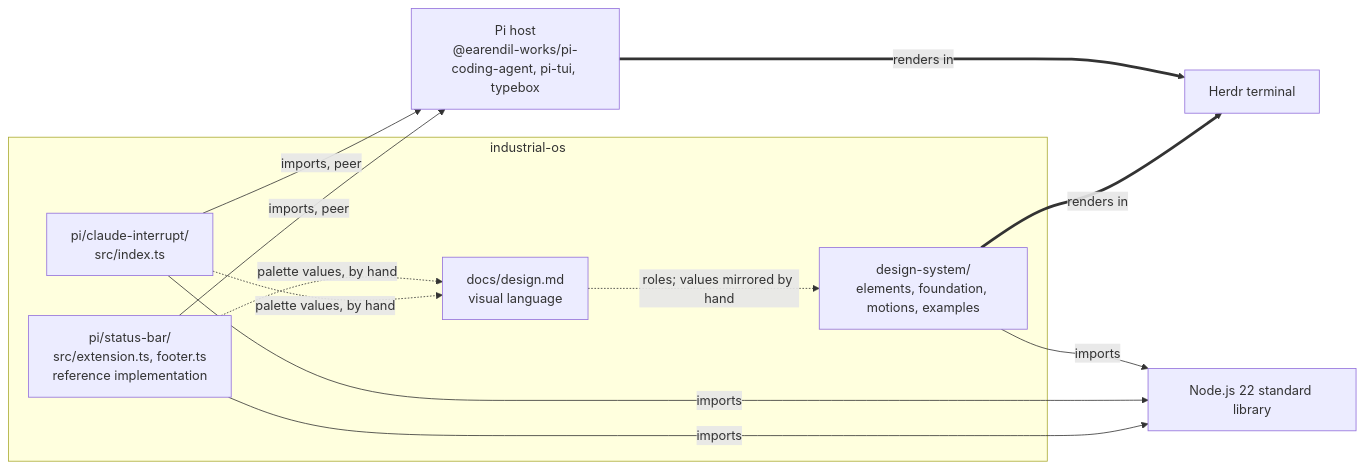
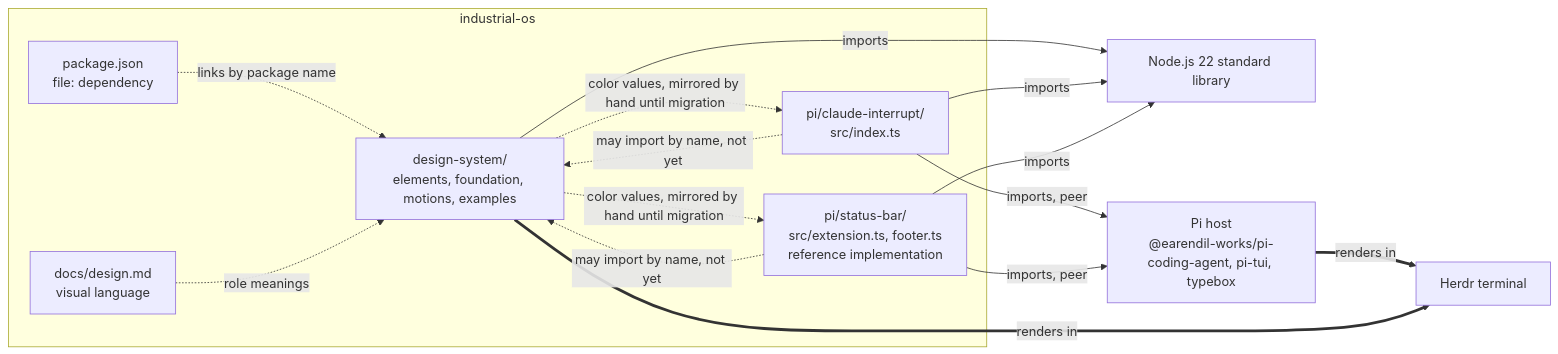
The diagram in docs/architecture.md (jigenator/industrial-os), drawn with Mermaid before and after one commit. The commit also changed other lines of this file and 9 other files, not shown here.

Commit message:
docs: record the in-repo design-system package and its color ownership

````diff
--- a/docs/architecture.md
+++ b/docs/architecture.md
@@ -22,23 +22,27 @@
 ```mermaid
 flowchart LR
     subgraph repo["industrial-os"]
         DS["design-system/<br/>elements, foundation, motions, examples"]
         CI["pi/claude-interrupt/<br/>src/index.ts"]
         SB["pi/status-bar/<br/>src/extension.ts, footer.ts<br/>reference implementation"]
         Design["docs/design.md<br/>visual language"]
+        Root["package.json<br/>file: dependency"]
     end
     Node["Node.js 22 standard library"]
     PiHost["Pi host<br/>@earendil-works/pi-coding-agent, pi-tui, typebox"]
     Herdr["Herdr terminal"]
 
     DS -->|imports| Node
     CI -->|imports, peer| PiHost
     CI -->|imports| Node
     SB -->|imports, peer| PiHost
     SB -->|imports| Node
     PiHost ==>|renders in| Herdr
     DS ==>|renders in| Herdr
-    SB -.->|palette values, by hand| Design
-    CI -.->|palette values, by hand| Design
-    Design -.->|roles; values mirrored by hand| DS
+    Root -.->|links by package name| DS
+    CI -.->|may import by name, not yet| DS
+    SB -.->|may import by name, not yet| DS
+    Design -.->|role meanings| DS
+    DS -.->|color values, mirrored by hand until migration| CI
+    DS -.->|color values, mirrored by hand until migration| SB
 ```
````
